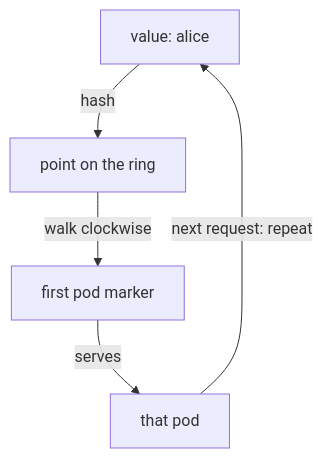
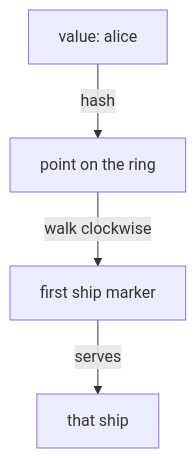
Before and after one commit to astrona-io/ATS014: the diagram in sections/section-030/module-01/course-02-consistent-hash-and-the-ring.md, drawn with Mermaid. The commit also changed other lines of this file and 813 other files, not shown here.

````diff
--- a/sections/section-030/module-01/course-02-consistent-hash-and-the-ring.md
+++ b/sections/section-030/module-01/course-02-consistent-hash-and-the-ring.md
@@ -28,7 +28,6 @@
 ```mermaid
 flowchart TB
     V["value: alice"] -->|"hash"| H["point on the ring"]
-    H -->|"walk clockwise"| W["first pod marker"]
-    W -->|"serves"| E["that pod"]
-    E -->|"next request: repeat"| V
+    H -->|"walk clockwise"| W["first ship marker"]
+    W -->|"serves"| E["that ship"]
 ```
````
